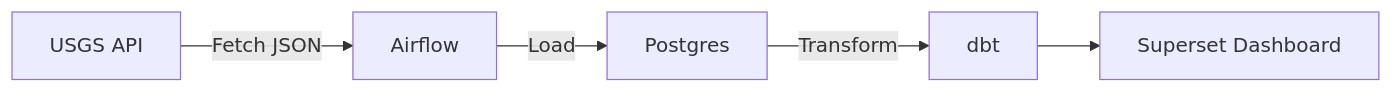
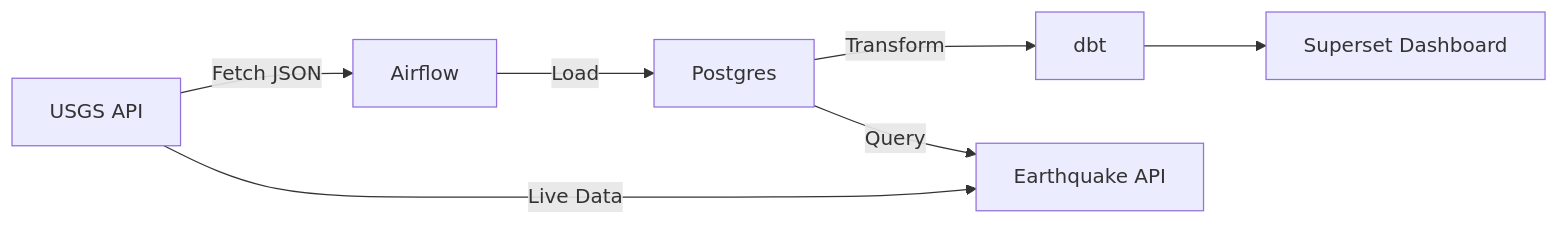
One commit to jazz-min/earthquake-data-pipeline changed the diagram in README.md. Above: the diagram before and after it, drawn with Mermaid. The commit also changed other lines of this file, not shown here.

````diff
--- a/README.md
+++ b/README.md
@@ -32,4 +34,6 @@
 ```mermaid
 graph LR
   API[USGS API] -->|Fetch JSON| Airflow -->|Load| Postgres -->|Transform| dbt --> Superset[Superset Dashboard]
+  Postgres -->|Query| FastAPI[Earthquake API]
+  API -->|Live Data| FastAPI
 ```
````
